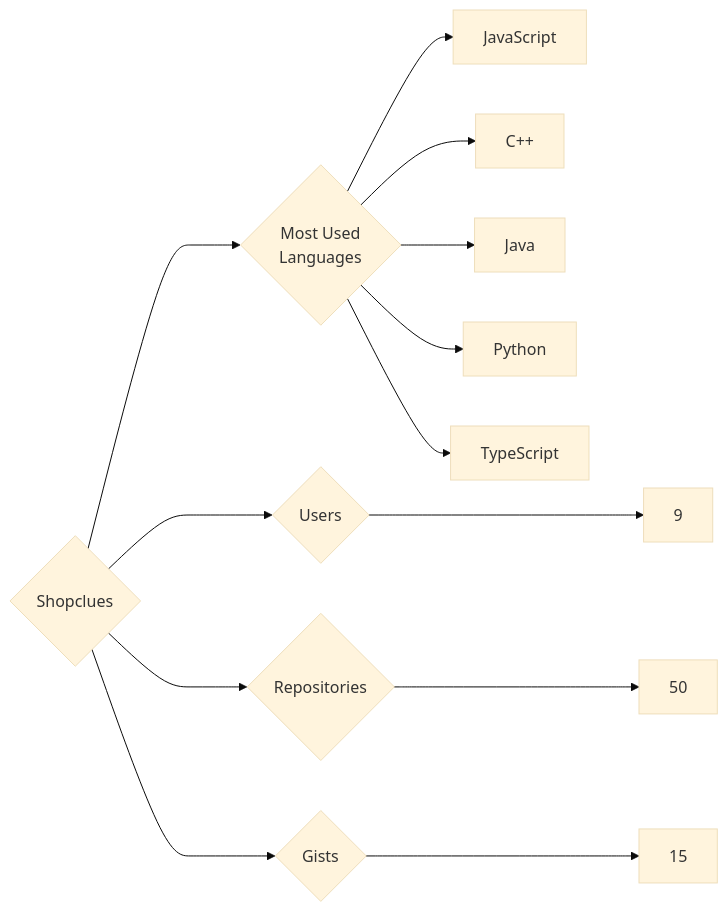
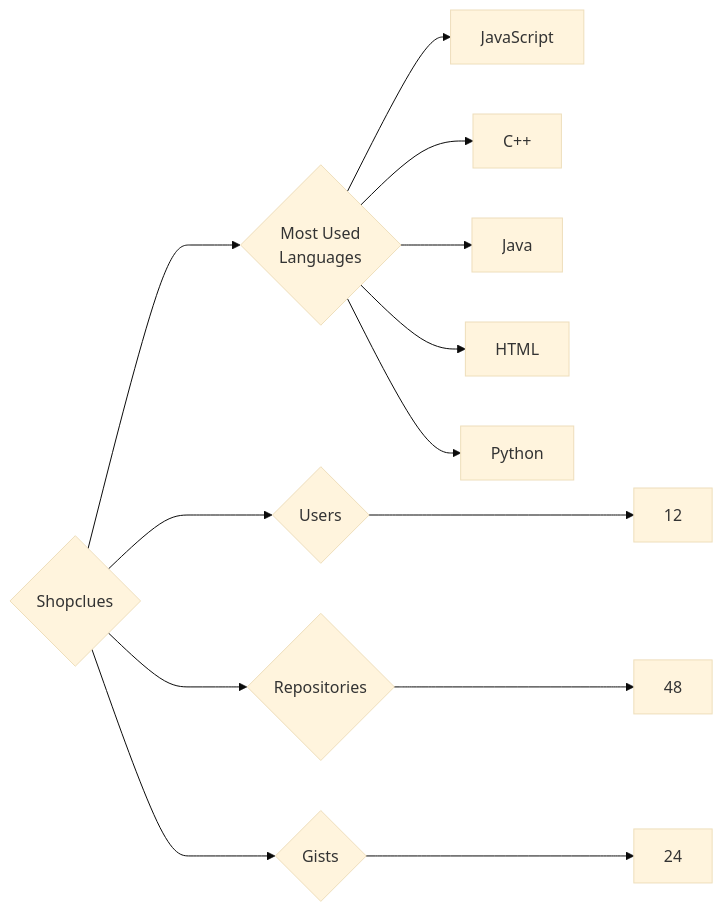
One commit to trickest/insiders changed the diagram in targets/Shopclues/README.md. Above: the diagram before and after it, drawn with Mermaid (base theme). The commit also changed 773 other files, not shown here.

````diff
--- a/targets/Shopclues/README.md
+++ b/targets/Shopclues/README.md
@@ -3,13 +3,13 @@
 ```mermaid
 graph LR
 COMPANY_NAME{Shopclues}
-COMPANY_NAME ---> U{Users} ---> UN[9]
-COMPANY_NAME ---> R{Repositories} ---> RN[50]
-COMPANY_NAME ---> G{Gists} ---> GN[15]
+COMPANY_NAME ---> U{Users} ---> UN[12]
+COMPANY_NAME ---> R{Repositories} ---> RN[48]
+COMPANY_NAME ---> G{Gists} ---> GN[24]
 COMPANY_NAME ---> ML{Most Used<br>Languages}
 ML --> JavaScript[JavaScript]
 ML --> C++[C++]
 ML --> Java[Java]
+ML --> HTML[HTML]
 ML --> Python[Python]
-ML --> TypeScript[TypeScript]
 ```
````
